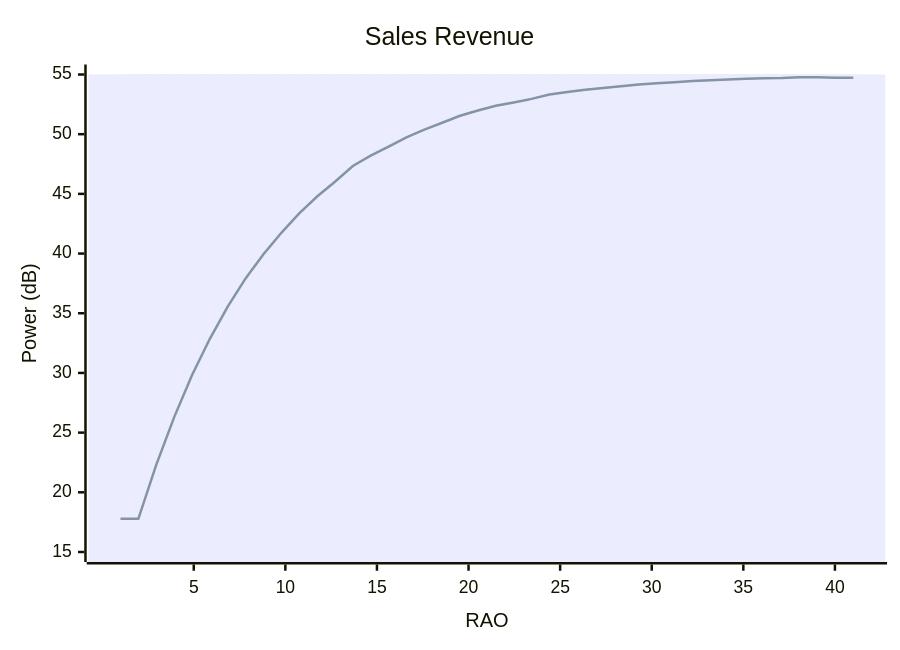
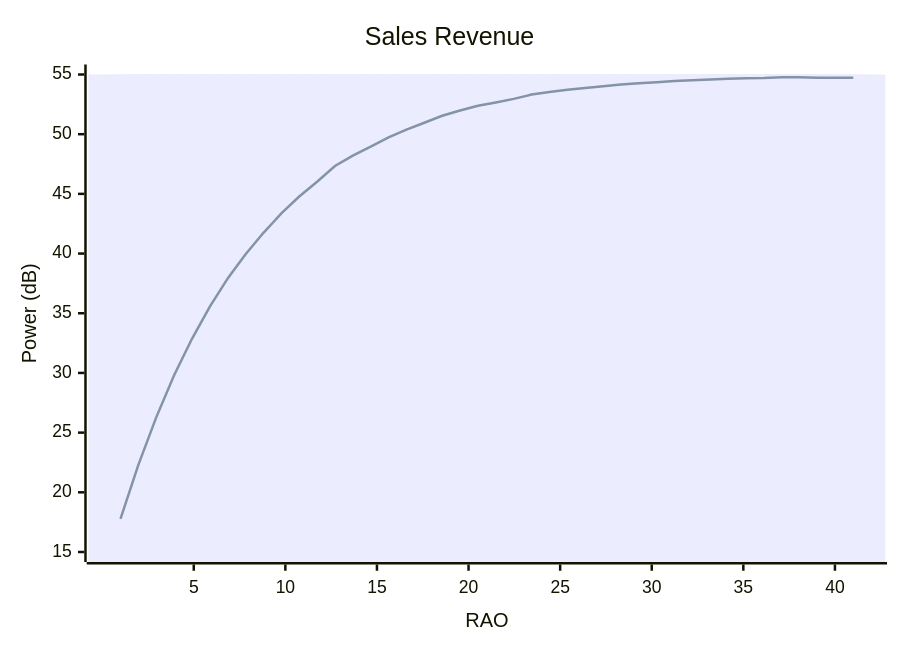
The sixth of 8 diagrams in docs/20250310 Thesis (Basic Msg1 Model).md (bmw-ece-ntust/wilfrid-prach-attack-analysis), drawn with Mermaid before and after one commit.

Commit message:
Update 20250310 Thesis (Basic Msg1 Model).md

````diff
--- a/docs/20250310 Thesis (Basic Msg1 Model).md
+++ b/docs/20250310 Thesis (Basic Msg1 Model).md
@@ -171,8 +171,8 @@
 ```mermaid
 xychart-beta
     title "Sales Revenue"
     x-axis RAO 1 --> 41
     y-axis "Power (dB)" 15 --> 55
     bar [55, 55, 55, 55, 55, 55, 55, 55, 55, 55, 55, 55, 55, 55, 55, 55, 55, 55, 55, 55, 55, 55, 55, 55, 55, 55, 55, 55, 55, 55, 55, 55, 55, 55, 55, 55, 55, 55, 55, 55, 55, 55]
-    line [17.78,17.78, 22.3, 26.28, 29.8, 32.86, 35.56, 37.92, 39.94, 41.74, 43.36, 44.78, 46.02, 47.34, 48.2, 48.96, 49.74, 50.38, 50.96, 51.54, 51.98, 52.38, 52.66, 52.96, 53.32, 53.54, 53.72, 53.86, 54.02, 54.16, 54.26, 54.36, 54.46, 54.52, 54.58, 54.64, 54.68, 54.7, 54.76, 54.76, 54.72, 54.72]
+    line [17.78, 22.3, 26.28, 29.8, 32.86, 35.56, 37.92, 39.94, 41.74, 43.36, 44.78, 46.02, 47.34, 48.2, 48.96, 49.74, 50.38, 50.96, 51.54, 51.98, 52.38, 52.66, 52.96, 53.32, 53.54, 53.72, 53.86, 54.02, 54.16, 54.26, 54.36, 54.46, 54.52, 54.58, 54.64, 54.68, 54.7, 54.76, 54.76, 54.72, 54.72, 54.72]
 ```
````
